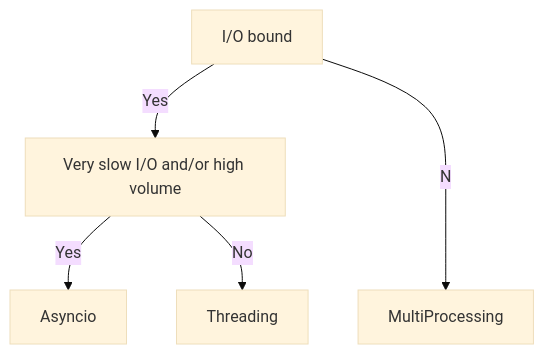
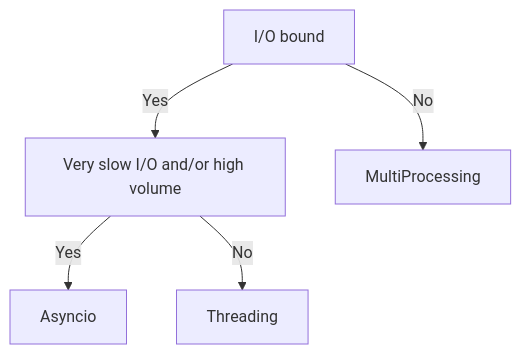
Before and after one commit to mbrycke/mbrycke.github.io: the diagram in _posts/2024-05-02-threading_vs_multiprocessing_vs_asyncio.md, drawn with Mermaid.

Commit message:
small fix

````diff
--- a/_posts/2024-05-02-threading_vs_multiprocessing_vs_asyncio.md
+++ b/_posts/2024-05-02-threading_vs_multiprocessing_vs_asyncio.md
@@ -10,8 +10,7 @@
 ```mermaid
-%%{init: {'theme':'base', 'themeVariables': { 'lineInterpolate': 'basis' }}}%%
 graph TD
-A[I/O bound] -- Yes --> B[Very slow I/O and/or high volume]
-A -- No--> C[MultiProcessing]
-B -- Yes --> E[Asyncio]
-B -- No --> D[Threading]
+A[I/O bound] -- "Yes" --> B[Very slow I/O and/or high volume]
+A -- "No"--> C[MultiProcessing]
+B -- "Yes" --> E[Asyncio]
+B -- "No" --> D[Threading]
 ```
````
